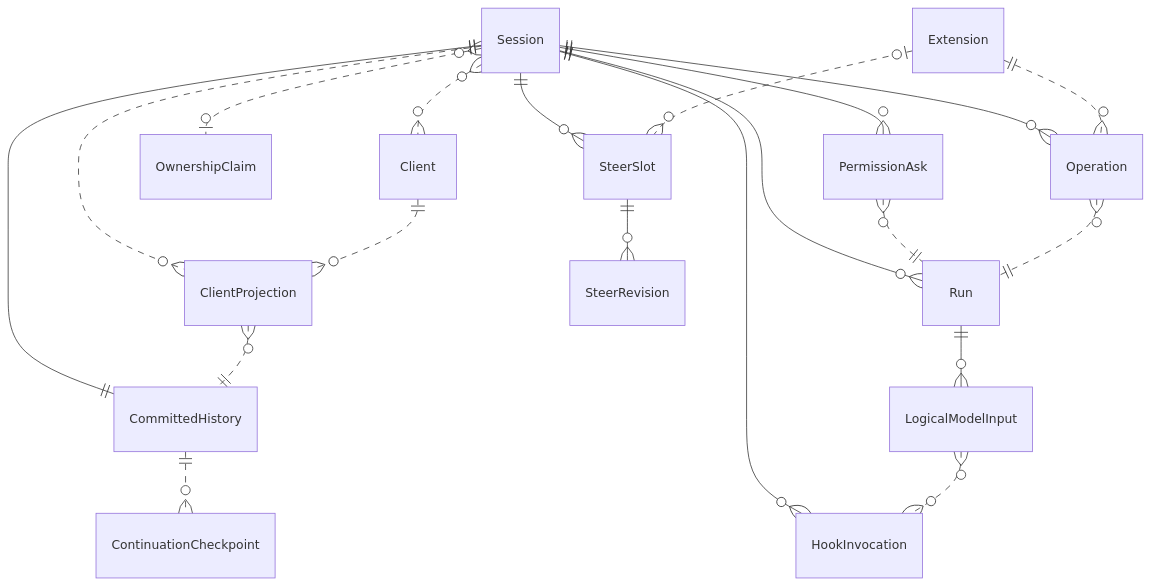
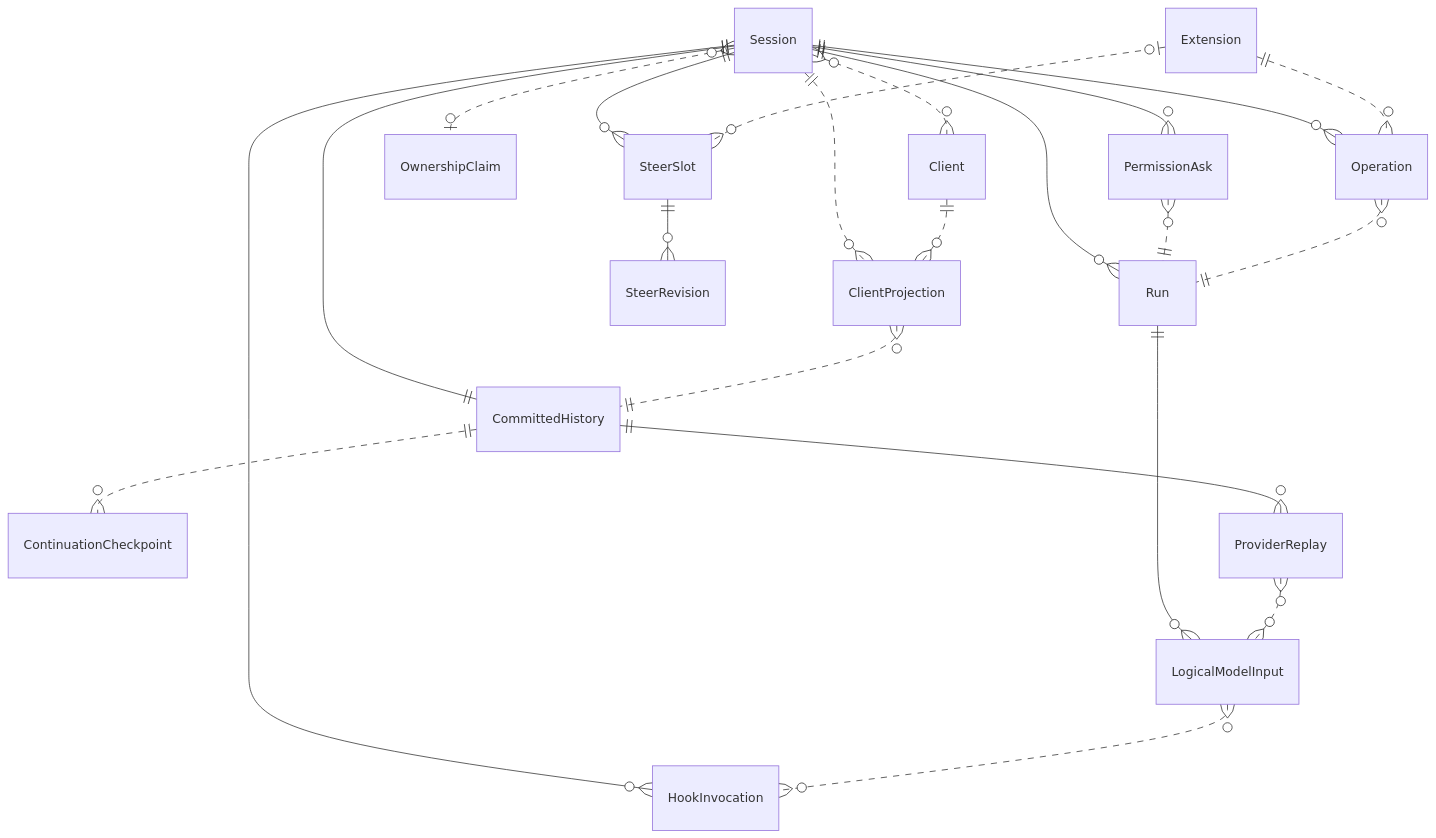
One commit to stacklok/mecatl changed the diagram in docs/drafts/session-commit-history.modelith.md. Above: the diagram before and after it, drawn with Mermaid. The commit also changed other lines of this file and 3 other files, not shown here.

Commit message:
docs(drafts): reserve richer provider replay and scoped call bindings

````diff
--- a/docs/drafts/session-commit-history.modelith.md
+++ b/docs/drafts/session-commit-history.modelith.md
@@ -212,36 +229,39 @@
 ```mermaid
 erDiagram
     Client {}
     ClientProjection {}
     CommittedHistory {}
     ContinuationCheckpoint {}
     Extension {}
     HookInvocation {}
     LogicalModelInput {}
     Operation {}
     OwnershipClaim {}
     PermissionAsk {}
+    ProviderReplay {}
     Run {}
     Session {}
     SteerRevision {}
     SteerSlot {}
     Client ||..o{ ClientProjection : ""
     ClientProjection }o..|| CommittedHistory : ""
     CommittedHistory ||..o{ ContinuationCheckpoint : ""
+    CommittedHistory ||--o{ ProviderReplay : ""
     Extension ||..o{ Operation : ""
     Extension |o..o{ SteerSlot : ""
     LogicalModelInput }o..o{ HookInvocation : ""
     Operation }o..|| Run : ""
     PermissionAsk }o..|| Run : ""
+    ProviderReplay }o..o{ LogicalModelInput : ""
     Run ||--o{ LogicalModelInput : ""
     Session ||--|| CommittedHistory : ""
     Session ||--o{ Run : ""
     Session ||--o{ SteerSlot : ""
     Session ||--o{ PermissionAsk : ""
     Session ||--o{ Operation : ""
     Session ||--o{ HookInvocation : ""
     Session }o..o| OwnershipClaim : ""
     Session }o..o{ Client : ""
     Session ||..o{ ClientProjection : ""
     SteerSlot ||--o{ SteerRevision : ""
 ```
````
